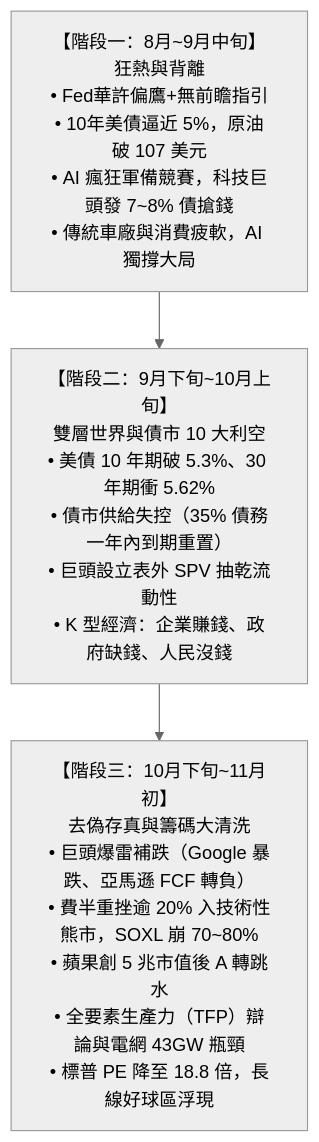
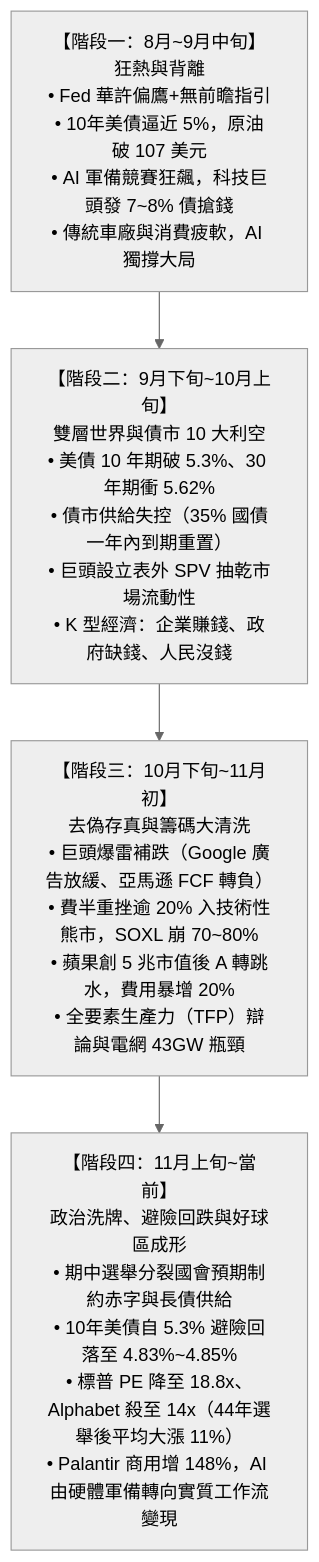
Before and after one commit to garfiwang/weekly-financial-notes: the diagram in 財經週報學習總綱與波克夏投資決策知識庫.md, drawn with Mermaid (neutral theme). The commit also changed other lines of this file and 2 other files, not shown here.

````diff
--- a/財經週報學習總綱與波克夏投資決策知識庫.md
+++ b/財經週報學習總綱與波克夏投資決策知識庫.md
@@ -14,8 +13,9 @@
 ```mermaid
 flowchart TD
-    Phase1["【階段一：8月~9月中旬】<br>狂熱與背離<br>• Fed華許偏鷹+無前瞻指引<br>• 10年美債逼近 5%，原油破 107 美元<br>• AI 瘋狂軍備競賽，科技巨頭發 7~8% 債搶錢<br>• 傳統車廠與消費疲軟，AI 獨撐大局"]
-    Phase2["【階段二：9月下旬~10月上旬】<br>雙層世界與債市 10 大利空<br>• 美債 10 年期破 5.3%、30 年期衝 5.62%<br>• 債市供給失控（35% 債務一年內到期重置）<br>• 巨頭設立表外 SPV 抽乾流動性<br>• K 型經濟：企業賺錢、政府缺錢、人民沒錢"]
-    Phase3["【階段三：10月下旬~11月初】<br>去偽存真與籌碼大清洗<br>• 巨頭爆雷補跌（Google 暴跌、亞馬遜 FCF 轉負）<br>• 費半重挫逾 20% 入技術性熊市，SOXL 崩 70~80%<br>• 蘋果創 5 兆市值後 A 轉跳水<br>• 全要素生產力（TFP）辯論與電網 43GW 瓶頸<br>• 標普 PE 降至 18.8 倍，長線好球區浮現"]
+    Phase1["【階段一：8月~9月中旬】<br>狂熱與背離<br>• Fed 華許偏鷹+無前瞻指引<br>• 10年美債逼近 5%，原油破 107 美元<br>• AI 軍備競賽狂飆，科技巨頭發 7~8% 債搶錢<br>• 傳統車廠與消費疲軟，AI 獨撐大局"]
+    Phase2["【階段二：9月下旬~10月上旬】<br>雙層世界與債市 10 大利空<br>• 美債 10 年期破 5.3%、30 年期衝 5.62%<br>• 債市供給失控（35% 國債一年內到期重置）<br>• 巨頭設立表外 SPV 抽乾市場流動性<br>• K 型經濟：企業賺錢、政府缺錢、人民沒錢"]
+    Phase3["【階段三：10月下旬~11月初】<br>去偽存真與籌碼大清洗<br>• 巨頭爆雷補跌（Google 廣告放緩、亞馬遜 FCF 轉負）<br>• 費半重挫逾 20% 入技術性熊市，SOXL 崩 70~80%<br>• 蘋果創 5 兆市值後 A 轉跳水，費用暴增 20%<br>• 全要素生產力（TFP）辯論與電網 43GW 瓶頸"]
+    Phase4["【階段四：11月上旬~當前】<br>政治洗牌、避險回跌與好球區成形<br>• 期中選舉分裂國會預期制約赤字與長債供給<br>• 10年美債自 5.3% 避險回落至 4.83%~4.85%<br>• 標普 PE 降至 18.8x、Alphabet 殺至 14x（44年選舉後平均大漲 11%）<br>• Palantir 商用增 148%，AI 由硬體軍備轉向實質工作流變現"]
 
-    Phase1 --> Phase2 --> Phase3
+    Phase1 --> Phase2 --> Phase3 --> Phase4
 ```
````
